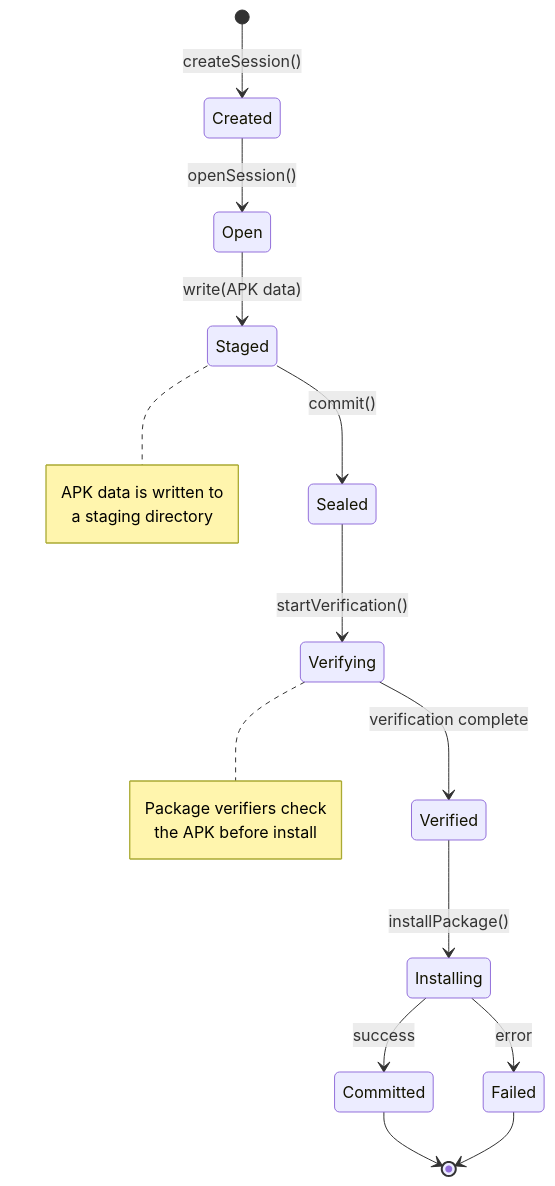
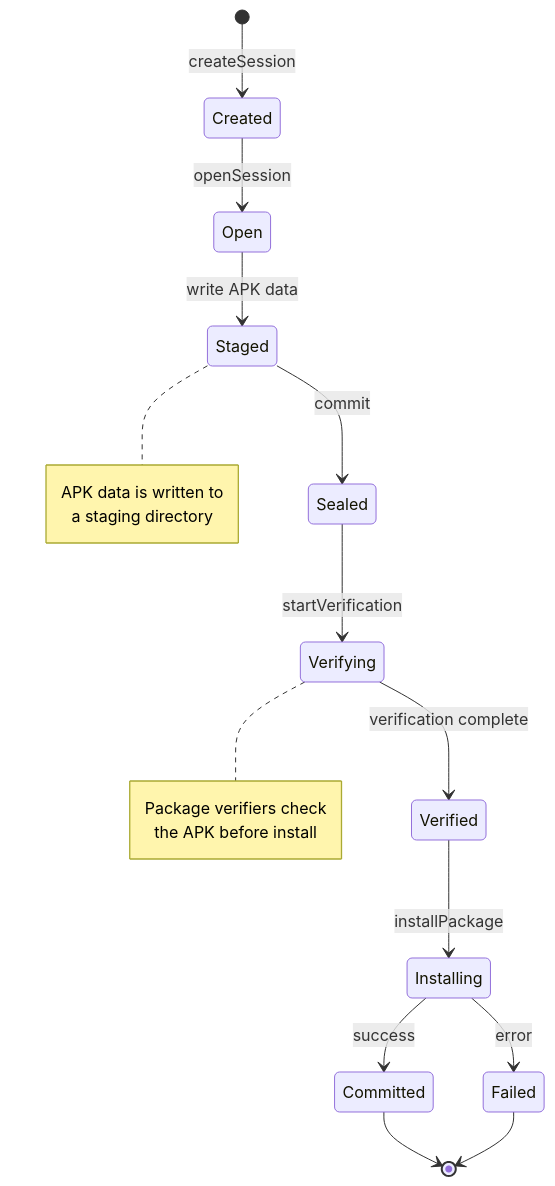
The ninth of 26 diagrams in 26-package-manager.md (fwrite0920/aosp-internal-book), drawn with Mermaid before and after one commit. The commit also changed 13 other files, not shown here.

First line of the commit message:
Fix Mermaid diagrams and formatting in Parts VII-VIII (chapters 26-39)

````diff
--- a/26-package-manager.md
+++ b/26-package-manager.md
@@ -1422,24 +1422,24 @@
 ```mermaid
 stateDiagram-v2
-    [*] --> Created: createSession()
-    Created --> Open: openSession()
-    Open --> Staged: write(APK data)
-    Staged --> Sealed: commit()
-    Sealed --> Verifying: startVerification()
+    [*] --> Created: createSession
+    Created --> Open: openSession
+    Open --> Staged: write APK data
+    Staged --> Sealed: commit
+    Sealed --> Verifying: startVerification
     Verifying --> Verified: verification complete
-    Verified --> Installing: installPackage()
+    Verified --> Installing: installPackage
     Installing --> Committed: success
     Installing --> Failed: error
     Committed --> [*]
     Failed --> [*]
 
     note right of Staged
         APK data is written to
         a staging directory
     end note
 
     note right of Verifying
         Package verifiers check
         the APK before install
     end note
 ```
````
